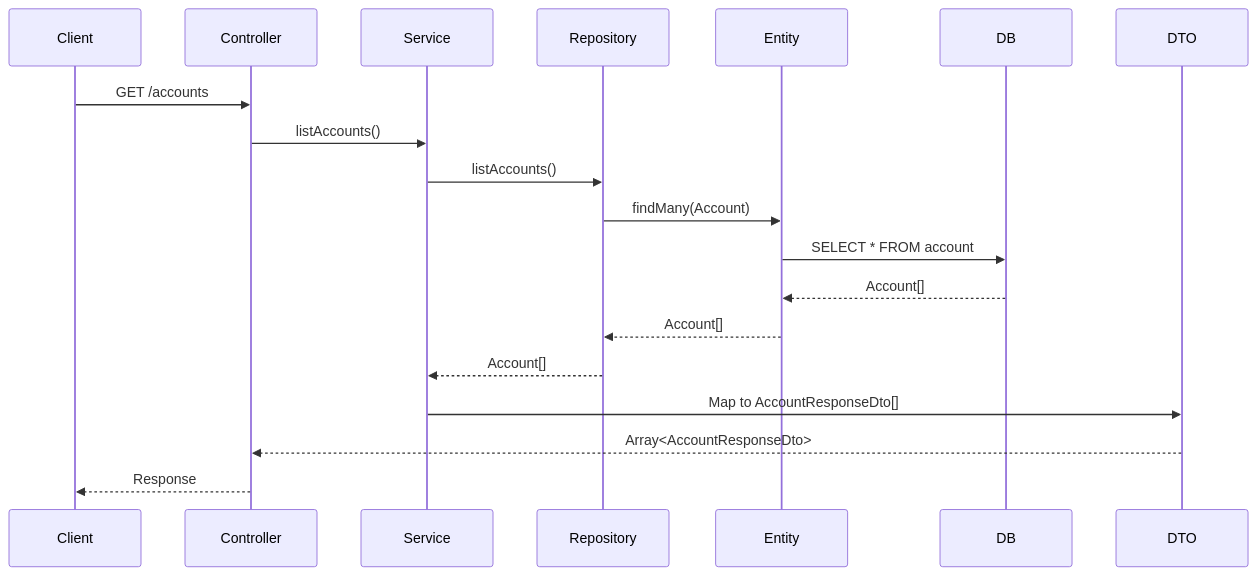
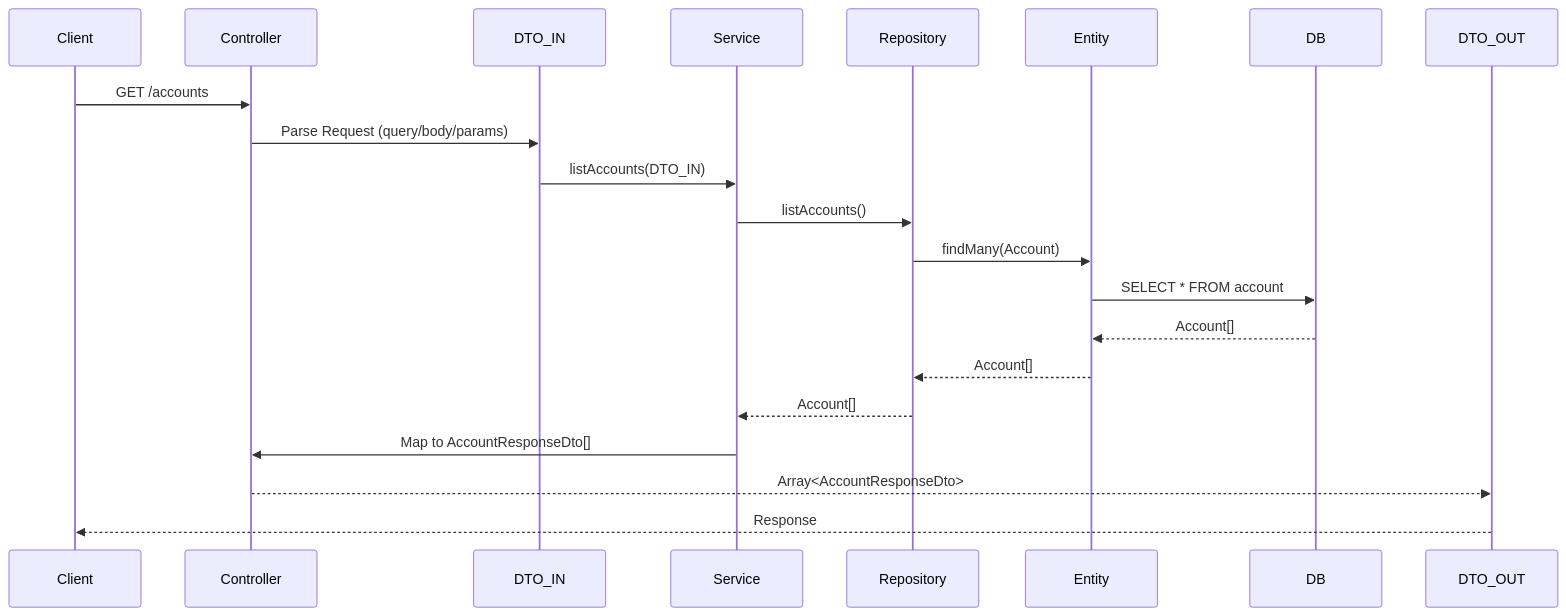
One commit to MichaelCX77/case-digital-assets changed the diagram in docs/refinamento/sequence-diagram_Version3.md. Above: the diagram before and after it, drawn with Mermaid.

Commit message:
feat: adicao de diagrama de sequencia

````diff
--- a/docs/refinamento/sequence-diagram_Version3.md
+++ b/docs/refinamento/sequence-diagram_Version3.md
@@ -1,22 +1,24 @@
 ```mermaid
 sequenceDiagram
   participant Client
   participant Controller
+  participant DTO_IN
   participant Service
   participant Repository
   participant Entity
   participant DB
-  participant DTO
+  participant DTO_OUT
 
   Client->>Controller: GET /accounts
-  Controller->>Service: listAccounts()
+  Controller->>DTO_IN: Parse Request (query/body/params)
+  DTO_IN->>Service: listAccounts(DTO_IN)
   Service->>Repository: listAccounts()
   Repository->>Entity: findMany(Account)
   Entity->>DB: SELECT * FROM account
   DB-->>Entity: Account[]
   Entity-->>Repository: Account[]
   Repository-->>Service: Account[]
-  Service->>DTO: Map to AccountResponseDto[]
-  DTO-->>Controller: Array<AccountResponseDto>
-  Controller-->>Client: Response
+  Service->>Controller: Map to AccountResponseDto[]
+  Controller-->>DTO_OUT: Array<AccountResponseDto>
+  DTO_OUT-->>Client: Response
 ```
````
